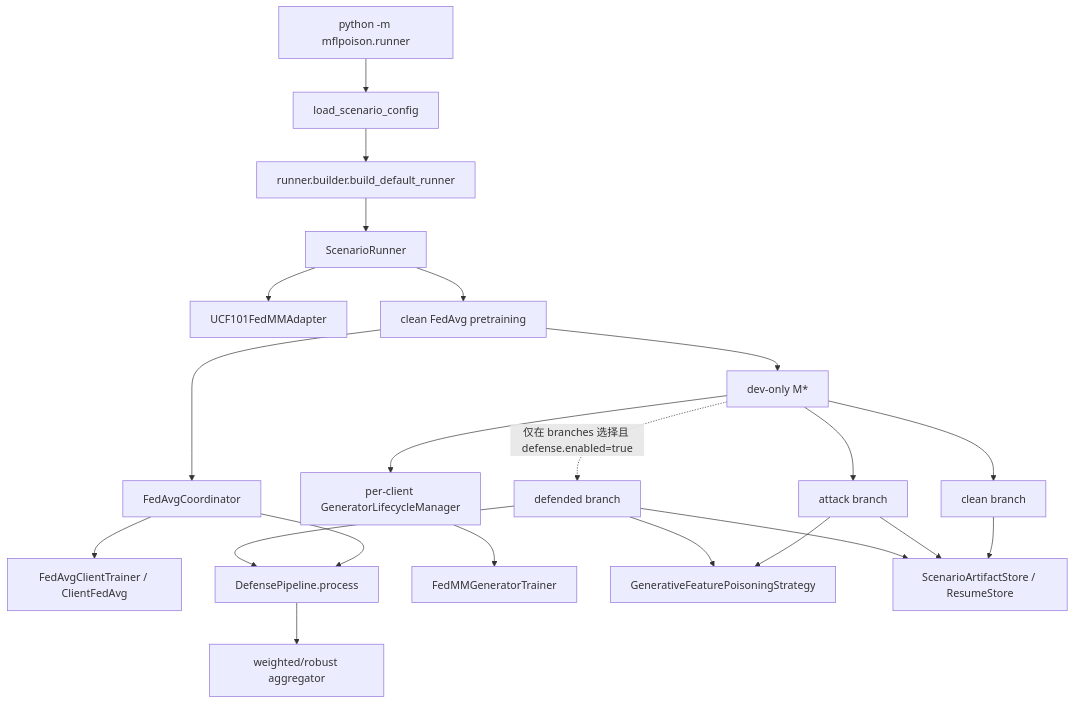
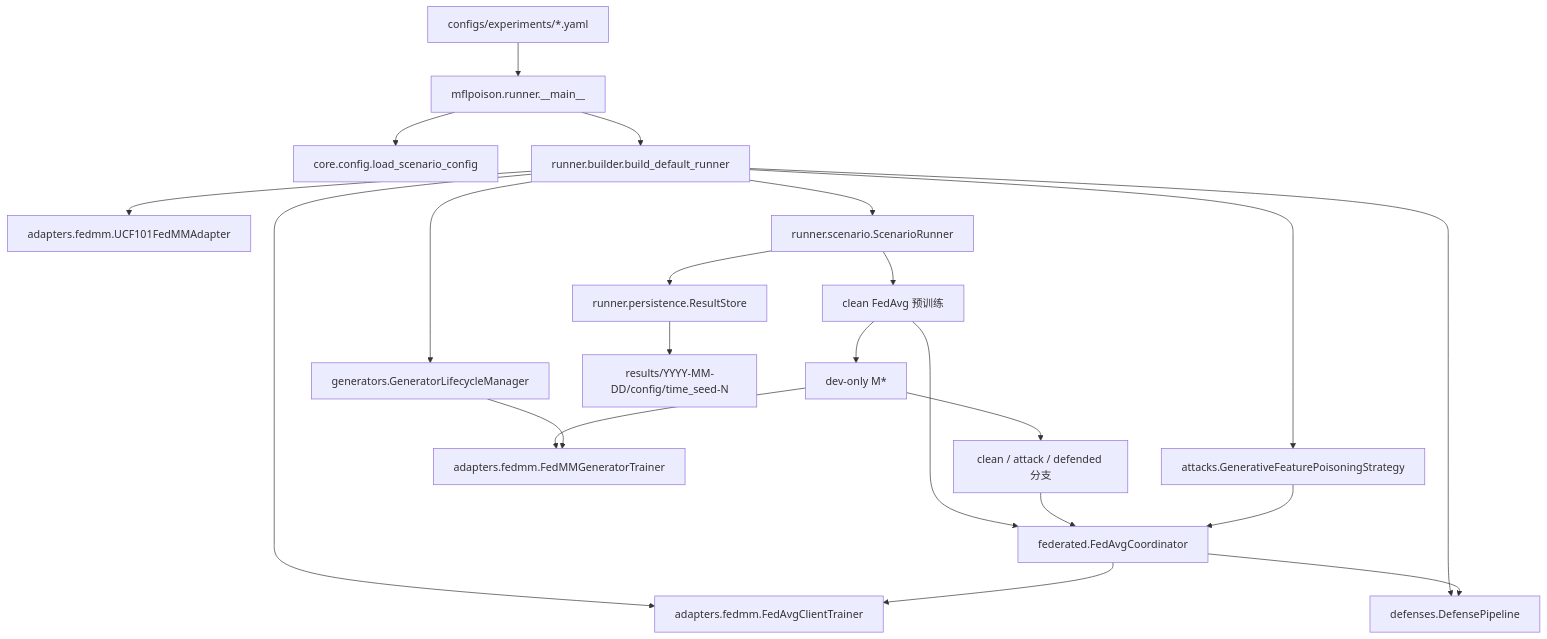
Before and after one commit to softmountain/mflpoison: the diagram in docs/CURRENT_PIPELINE_STRUCTURE.md, drawn with Mermaid. The commit also changed other lines of this file and 66 other files, not shown here.

````diff
--- a/docs/CURRENT_PIPELINE_STRUCTURE.md
+++ b/docs/CURRENT_PIPELINE_STRUCTURE.md
@@ -30,24 +12,24 @@
 ```mermaid
 flowchart TD
-    CLI["python -m mflpoison.runner"] --> Config["load_scenario_config"]
-    Config --> Builder["runner.builder.build_default_runner"]
-    Builder --> Scenario["ScenarioRunner"]
-    Scenario --> Adapter["UCF101FedMMAdapter"]
-    Scenario --> Pretrain["clean FedAvg pretraining"]
-    Pretrain --> Coordinator["FedAvgCoordinator"]
-    Coordinator --> Client["FedAvgClientTrainer / ClientFedAvg"]
-    Coordinator --> Pipeline["DefensePipeline.process"]
-    Pipeline --> Aggregate["weighted/robust aggregator"]
+    Config["configs/experiments/*.yaml"] --> CLI["mflpoison.runner.__main__"]
+    CLI --> Load["core.config.load_scenario_config"]
+    CLI --> Builder["runner.builder.build_default_runner"]
+    Builder --> Adapter["adapters.fedmm.UCF101FedMMAdapter"]
+    Builder --> ClientTrainer["adapters.fedmm.FedAvgClientTrainer"]
+    Builder --> Lifecycle["generators.GeneratorLifecycleManager"]
+    Builder --> Attack["attacks.GenerativeFeaturePoisoningStrategy"]
+    Builder --> Defense["defenses.DefensePipeline"]
+    Builder --> Scenario["runner.scenario.ScenarioRunner"]
+    Scenario --> Pretrain["clean FedAvg 预训练"]
+    Pretrain --> Coordinator["federated.FedAvgCoordinator"]
+    Coordinator --> ClientTrainer
     Pretrain --> MStar["dev-only M*"]
-    MStar --> Lifecycle["per-client GeneratorLifecycleManager"]
-    Lifecycle --> Generator["FedMMGeneratorTrainer"]
-    MStar --> Clean["clean branch"]
-    MStar --> Attack["attack branch"]
-    MStar -. "仅在 branches 选择且 defense.enabled=true" .-> Defended["defended branch"]
-    Attack --> Strategy["GenerativeFeaturePoisoningStrategy"]
-    Defended --> Strategy
-    Defended --> Pipeline
-    Clean --> Store["ScenarioArtifactStore / ResumeStore"]
-    Attack --> Store
-    Defended --> Store
+    MStar --> Generator["adapters.fedmm.FedMMGeneratorTrainer"]
+    Lifecycle --> Generator
+    MStar --> Branches["clean / attack / defended 分支"]
+    Branches --> Coordinator
+    Attack --> Coordinator
+    Coordinator --> Defense
+    Scenario --> Store["runner.persistence.ResultStore"]
+    Store --> Results["results/YYYY-MM-DD/config/time_seed-N"]
 ```
````
